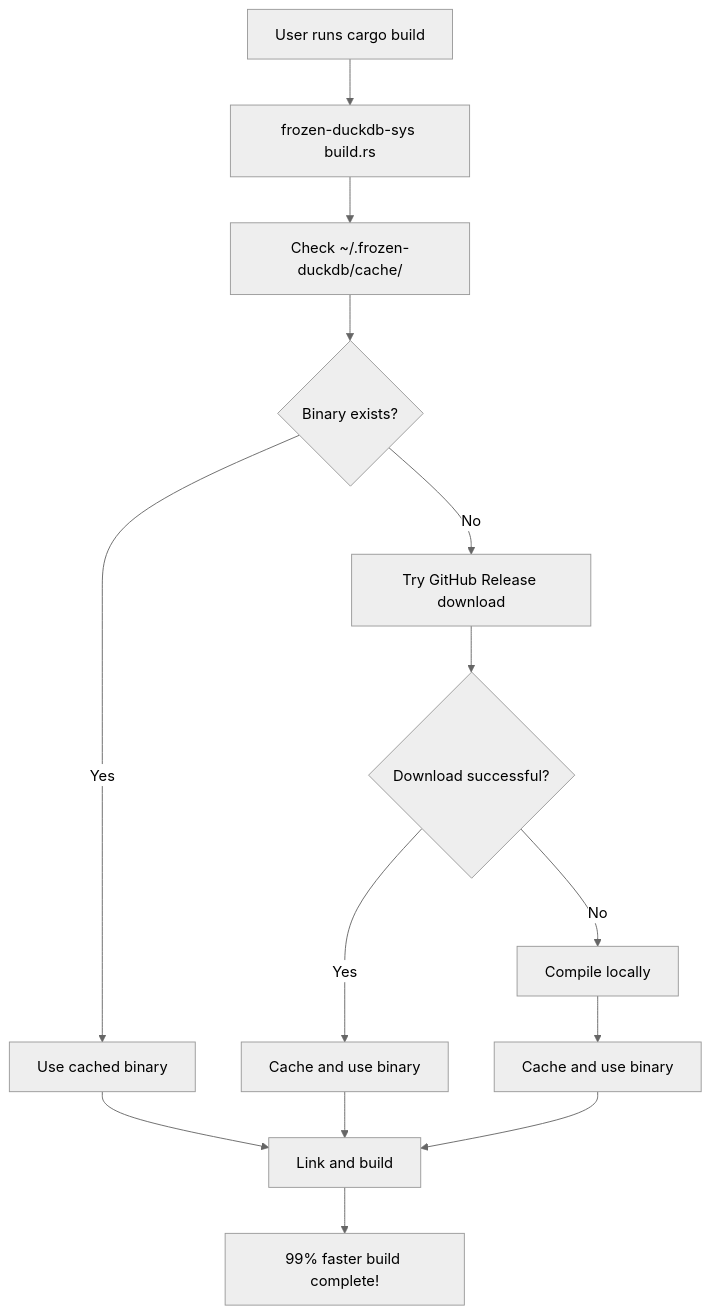
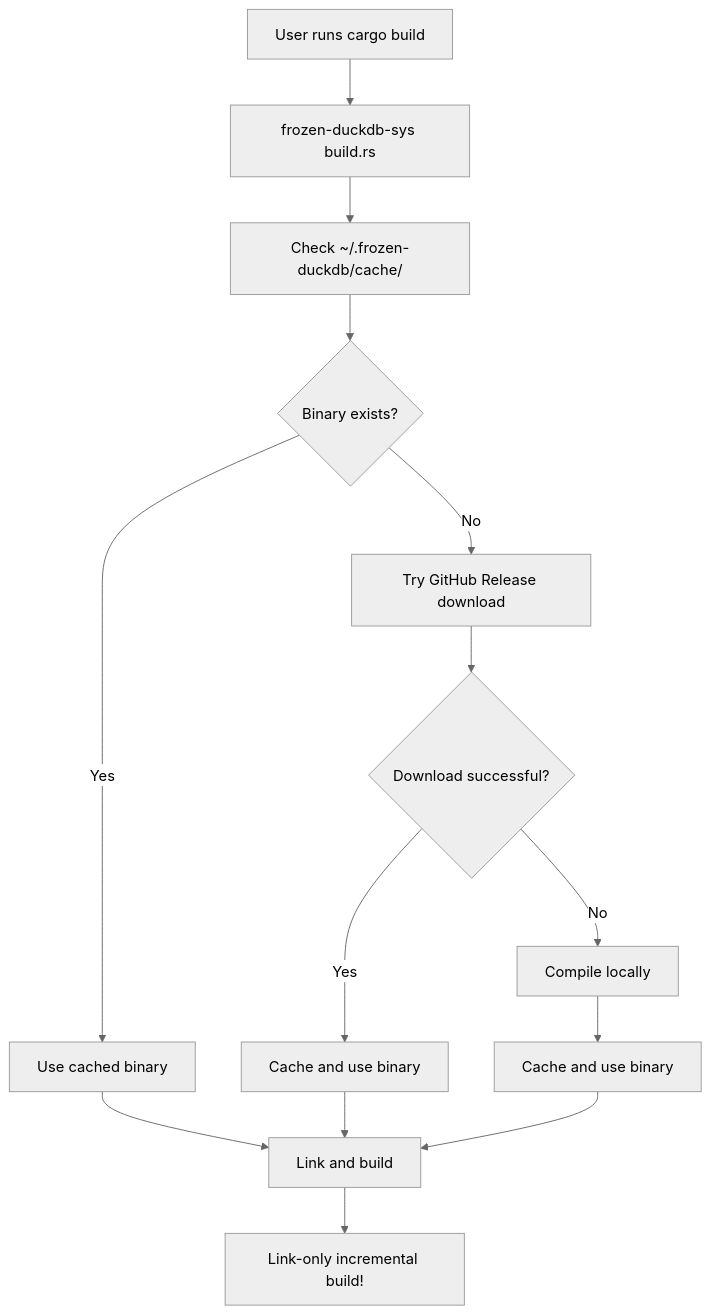
One commit to seanchatmangpt/frozen-duckdb changed the diagram in README.md. Above: the diagram before and after it, drawn with Mermaid (neutral theme). The commit also changed other lines of this file and 7108 other files, not shown here.

````diff
--- a/README.md
+++ b/README.md
@@ -149,16 +148,16 @@
 ```mermaid
 graph TD
     A[User runs cargo build] --> B[frozen-duckdb-sys build.rs]
     B --> C[Check ~/.frozen-duckdb/cache/]
     C --> D{Binary exists?}
     D -->|Yes| E[Use cached binary]
     D -->|No| F[Try GitHub Release download]
     F --> G{Download successful?}
     G -->|Yes| H[Cache and use binary]
     G -->|No| I[Compile locally]
     I --> J[Cache and use binary]
     E --> K[Link and build]
     H --> K
     J --> K
-    K --> L[99% faster build complete!]
+    K --> L[Link-only incremental build!]
 ```
````
